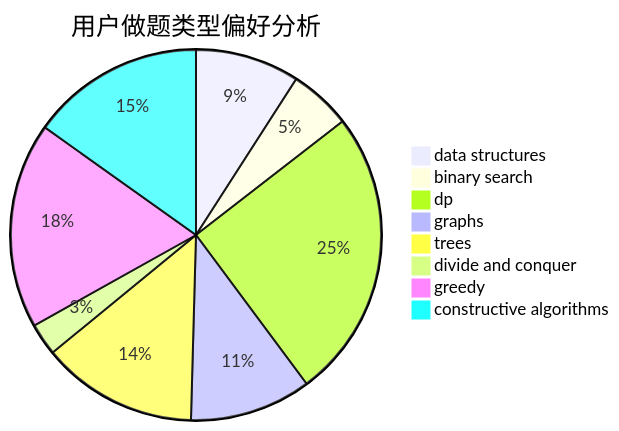
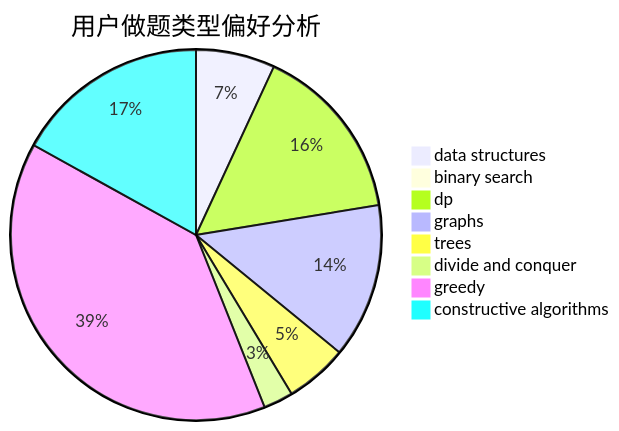
One commit to sherpahu/cfrs.github.io changed the second of 3 diagrams in docs/user/u2055.md. Above: the diagram before and after it, drawn with Mermaid. The commit also changed other lines of this file and 2770 other files, not shown here.

````diff
--- a/docs/user/u2055.md
+++ b/docs/user/u2055.md
@@ -23,11 +23,11 @@
 ```mermaid
 pie title 用户做题类型偏好分析
-    "data structures" :  42
-    "binary search" :  25
-    "dp" :  117
-    "graphs" :  49
-    "trees" :  63
-    "divide and conquer" :  13
-    "greedy" :  83
-    "constructive algorithms" :  70
+    "data structures" :  24
+    "binary search" :  0
+    "dp" :  54
+    "graphs" :  47
+    "trees" :  19
+    "divide and conquer" :  9
+    "greedy" :  136
+    "constructive algorithms" :  59
 ```
````
